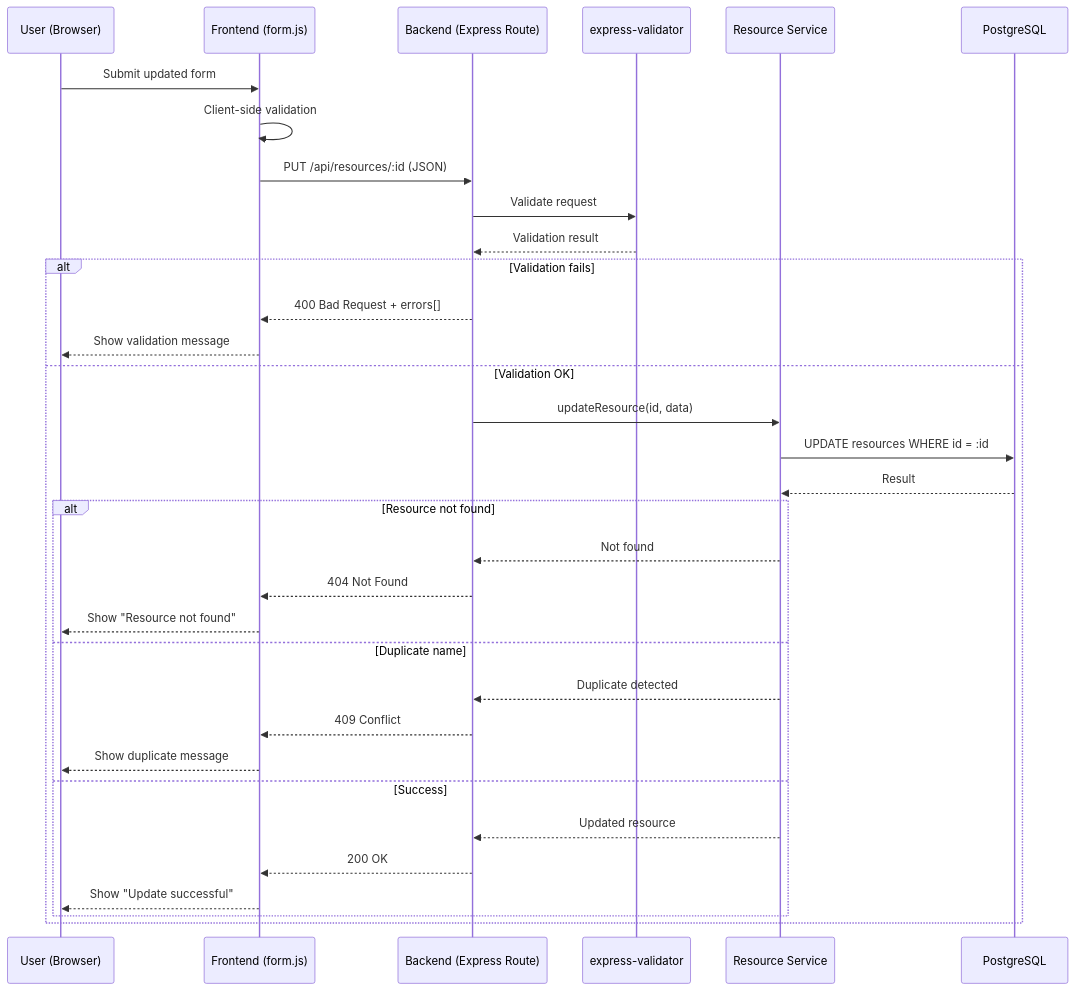
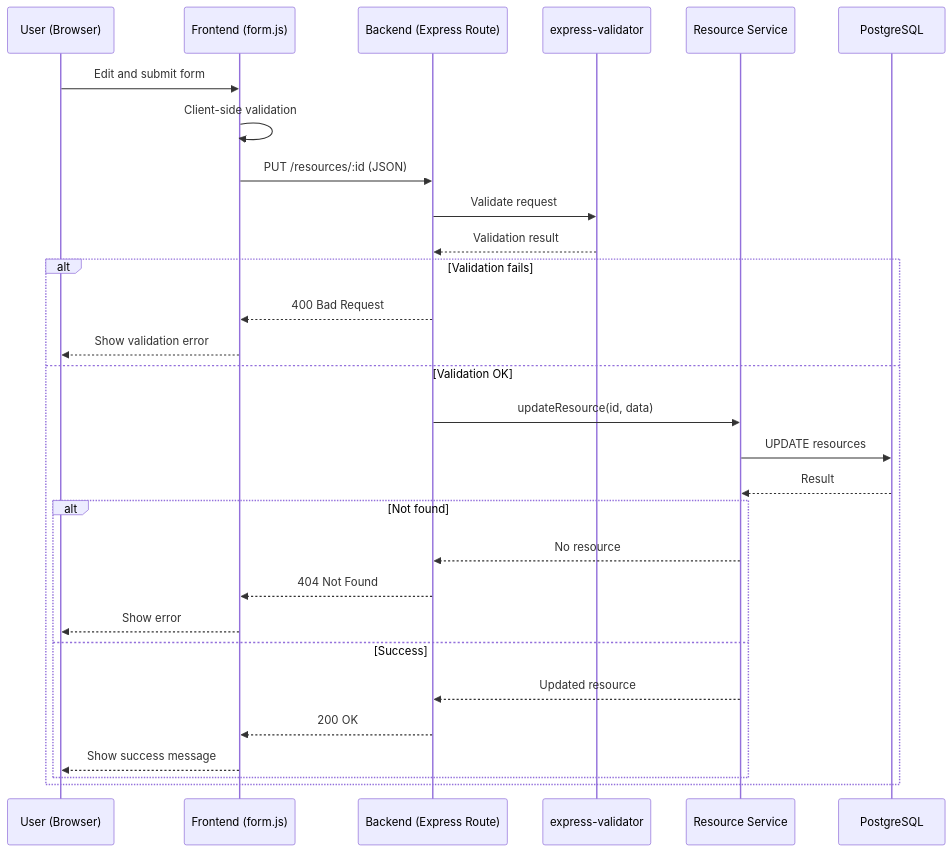
One commit to AartiSaini2002/BookingSystemPhase6 changed the third of 4 diagrams in Phase 6/G1_CRUD_DataFlow.md. Above: the diagram before and after it, drawn with Mermaid.

Commit message:
Update data flow for resource editing process

````diff
--- a/Phase 6/G1_CRUD_DataFlow.md
+++ b/Phase 6/G1_CRUD_DataFlow.md
@@ -71,39 +71,35 @@
 ```mermaid
 sequenceDiagram
     participant U as User (Browser)
     participant F as Frontend (form.js)
     participant B as Backend (Express Route)
     participant V as express-validator
     participant S as Resource Service
     participant DB as PostgreSQL
 
-    U->>F: Submit updated form
+    U->>F: Edit and submit form
     F->>F: Client-side validation
-    F->>B: PUT /api/resources/:id (JSON)
+    F->>B: PUT /resources/:id (JSON)
 
     B->>V: Validate request
     V-->>B: Validation result
 
     alt Validation fails
-        B-->>F: 400 Bad Request + errors[]
-        F-->>U: Show validation message
+        B-->>F: 400 Bad Request
+        F-->>U: Show validation error
     else Validation OK
         B->>S: updateResource(id, data)
-        S->>DB: UPDATE resources WHERE id = :id
+        S->>DB: UPDATE resources
         DB-->>S: Result
 
-        alt Resource not found
-            S-->>B: Not found
+        alt Not found
+            S-->>B: No resource
             B-->>F: 404 Not Found
-            F-->>U: Show "Resource not found"
-        else Duplicate name
-            S-->>B: Duplicate detected
-            B-->>F: 409 Conflict
-            F-->>U: Show duplicate message
+            F-->>U: Show error
         else Success
             S-->>B: Updated resource
             B-->>F: 200 OK
-            F-->>U: Show "Update successful"
+            F-->>U: Show success message
         end
     end
 ```
````
